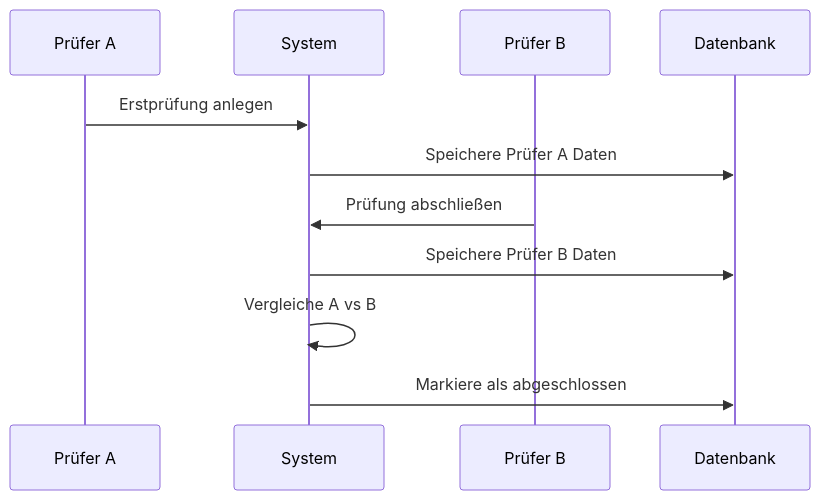
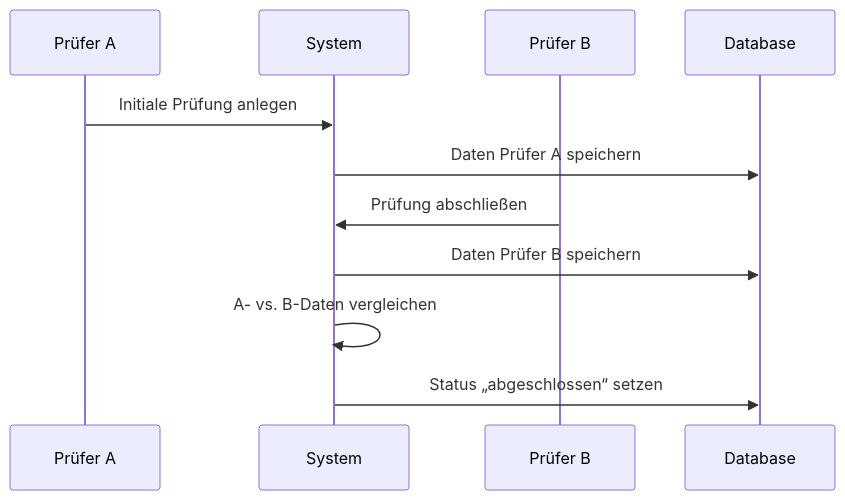
Before and after one commit to JayeshKakkad-Rotoclear/Etikettdruck: the third of 3 diagrams in docs/data/schema.de.md, drawn with Mermaid. The commit also changed other lines of this file and 62 other files, not shown here.

````diff
--- a/docs/data/schema.de.md
+++ b/docs/data/schema.de.md
@@ -158,14 +167,14 @@
 ```mermaid
 sequenceDiagram
-		participant PA as Prüfer A
-		participant System as System
-		participant PB as Prüfer B
-		participant DB as Datenbank
+    participant PA as Prüfer A
+    participant System as System
+    participant PB as Prüfer B
+    participant DB as Database
     
-		PA->>System: Erstprüfung anlegen
-		System->>DB: Speichere Prüfer A Daten
-		PB->>System: Prüfung abschließen
-		System->>DB: Speichere Prüfer B Daten
-		System->>System: Vergleiche A vs B
-		System->>DB: Markiere als abgeschlossen
+    PA->>System: Initiale Prüfung anlegen
+    System->>DB: Daten Prüfer A speichern
+    PB->>System: Prüfung abschließen
+    System->>DB: Daten Prüfer B speichern
+    System->>System: A- vs. B-Daten vergleichen
+    System->>DB: Status „abgeschlossen“ setzen
 ```
````
